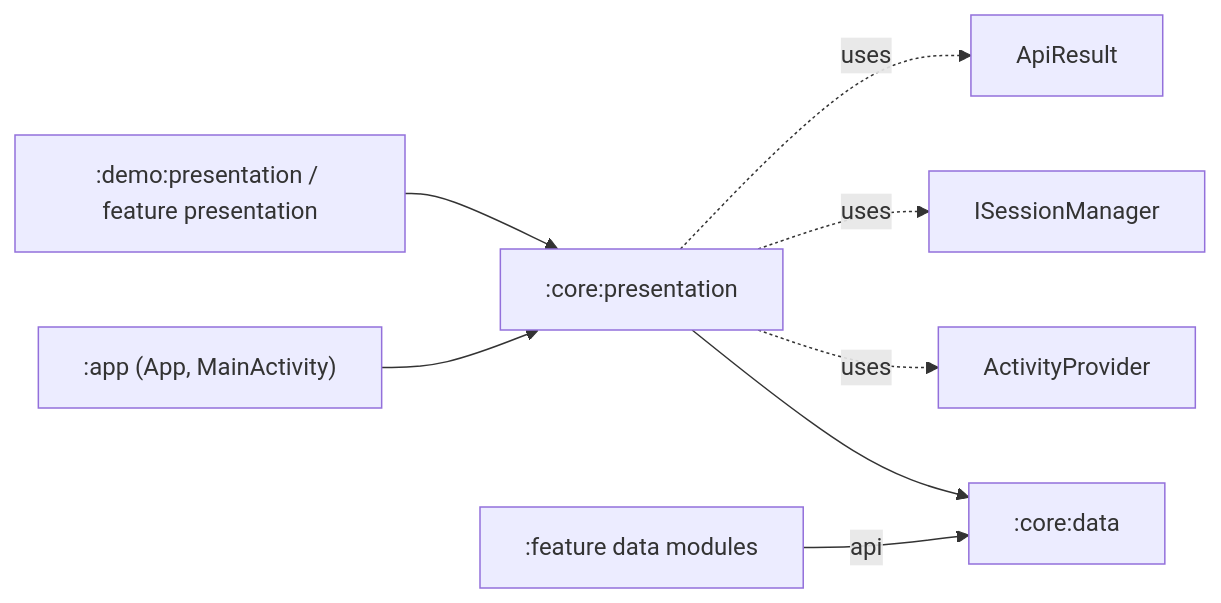
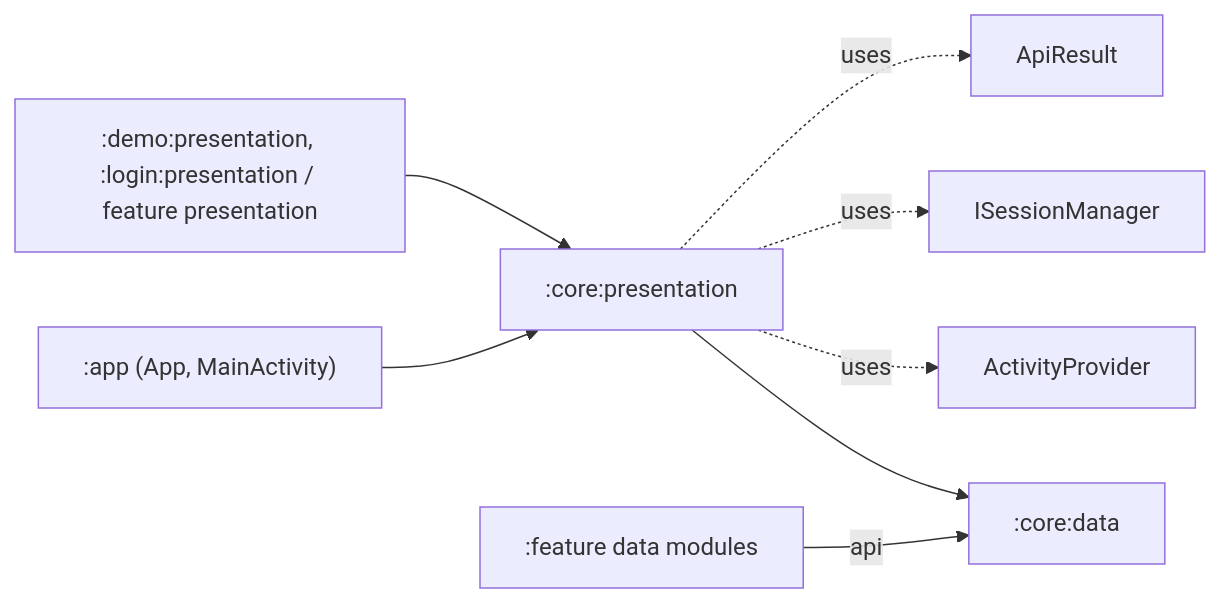
The diagram in openwiki/core-presentation/overview.md (MGareta/BaseApplication), drawn with Mermaid before and after one commit. The commit also changed other lines of this file and 44 other files, not shown here.

````diff
--- a/openwiki/core-presentation/overview.md
+++ b/openwiki/core-presentation/overview.md
@@ -70,10 +75,10 @@
 ```mermaid
 flowchart LR
     app[":app (App, MainActivity)"] --> pres[":core:presentation"]
-    feat[":demo:presentation / feature presentation"] --> pres
+    feat[":demo:presentation, :login:presentation / feature presentation"] --> pres
     pres --> data[":core:data"]
     featdata[":feature data modules"] -->|api| data
     pres -.uses.-> AP[ActivityProvider]
     pres -.uses.-> SM[ISessionManager]
     pres -.uses.-> AR[ApiResult]
 ```
````
